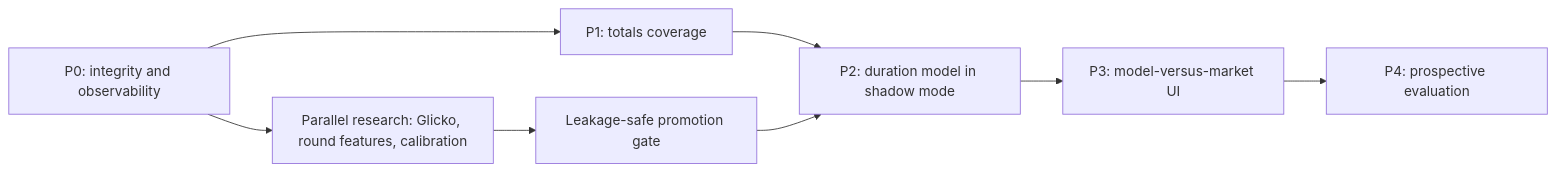
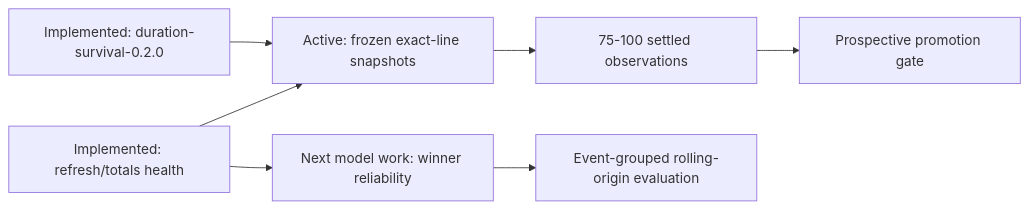
Before and after one commit to nrmcnally/predictor: the first of 2 diagrams in docs/FightIQ_Research_Implementation_Gameplan_and_Risk_Register.md, drawn with Mermaid. The commit also changed other lines of this file and 48 other files, not shown here.

Commit message:
feat: harden evaluation and automated refresh

````diff
--- a/docs/FightIQ_Research_Implementation_Gameplan_and_Risk_Register.md
+++ b/docs/FightIQ_Research_Implementation_Gameplan_and_Risk_Register.md
@@ -60,10 +60,9 @@
 ```mermaid
 flowchart LR
-    P0["P0: integrity and observability"] --> P1["P1: totals coverage"]
-    P1 --> P2["P2: duration model in shadow mode"]
-    P2 --> P3["P3: model-versus-market UI"]
-    P3 --> P4["P4: prospective evaluation"]
-    P0 --> R["Parallel research: Glicko, round features, calibration"]
-    R --> G["Leakage-safe promotion gate"]
-    G --> P2
+    D["Implemented: duration-survival-0.2.0"] --> S["Active: frozen exact-line snapshots"]
+    H["Implemented: refresh/totals health"] --> S
+    S --> E["75-100 settled observations"]
+    E --> G["Prospective promotion gate"]
+    H --> W["Next model work: winner reliability"]
+    W --> R["Event-grouped rolling-origin evaluation"]
 ```
````
